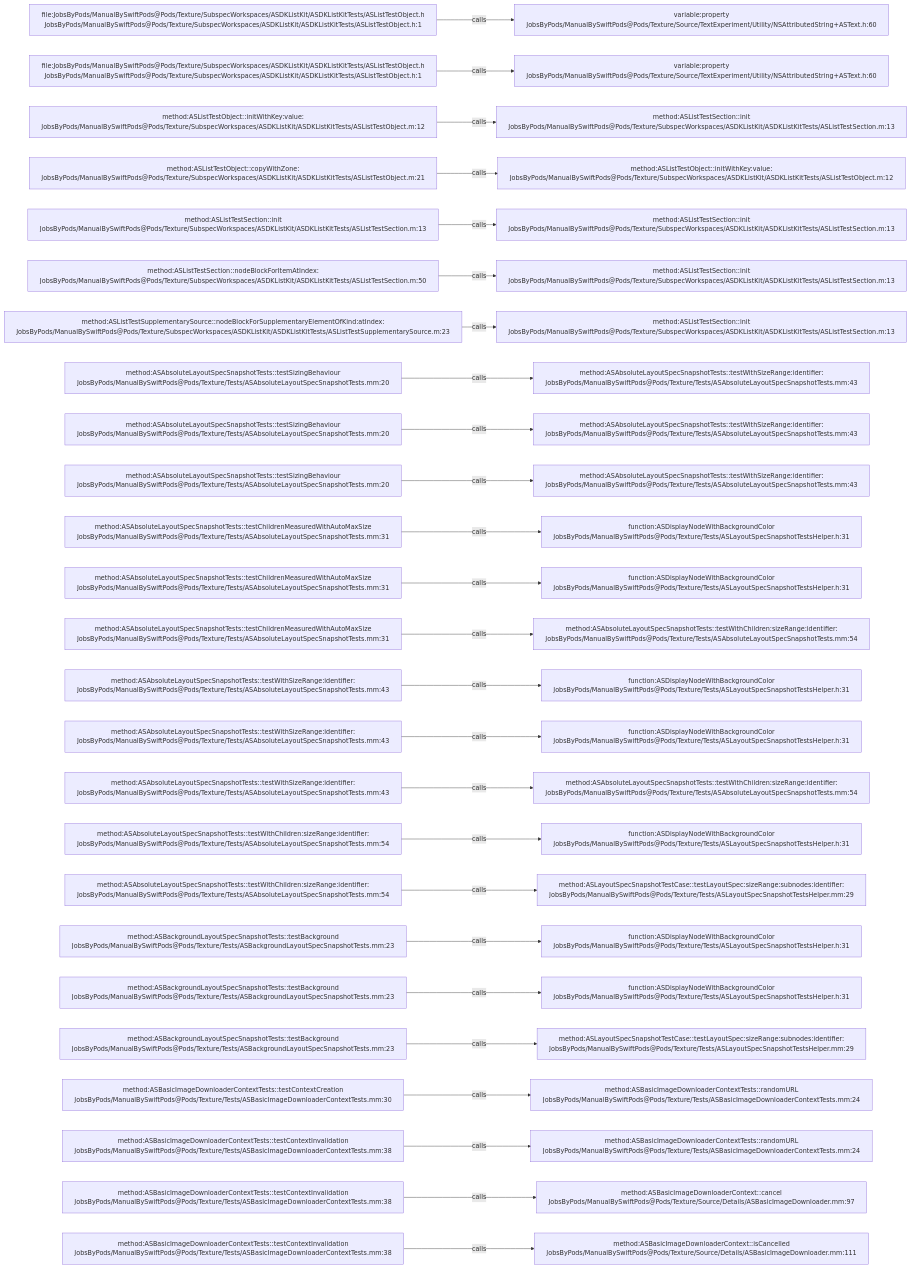
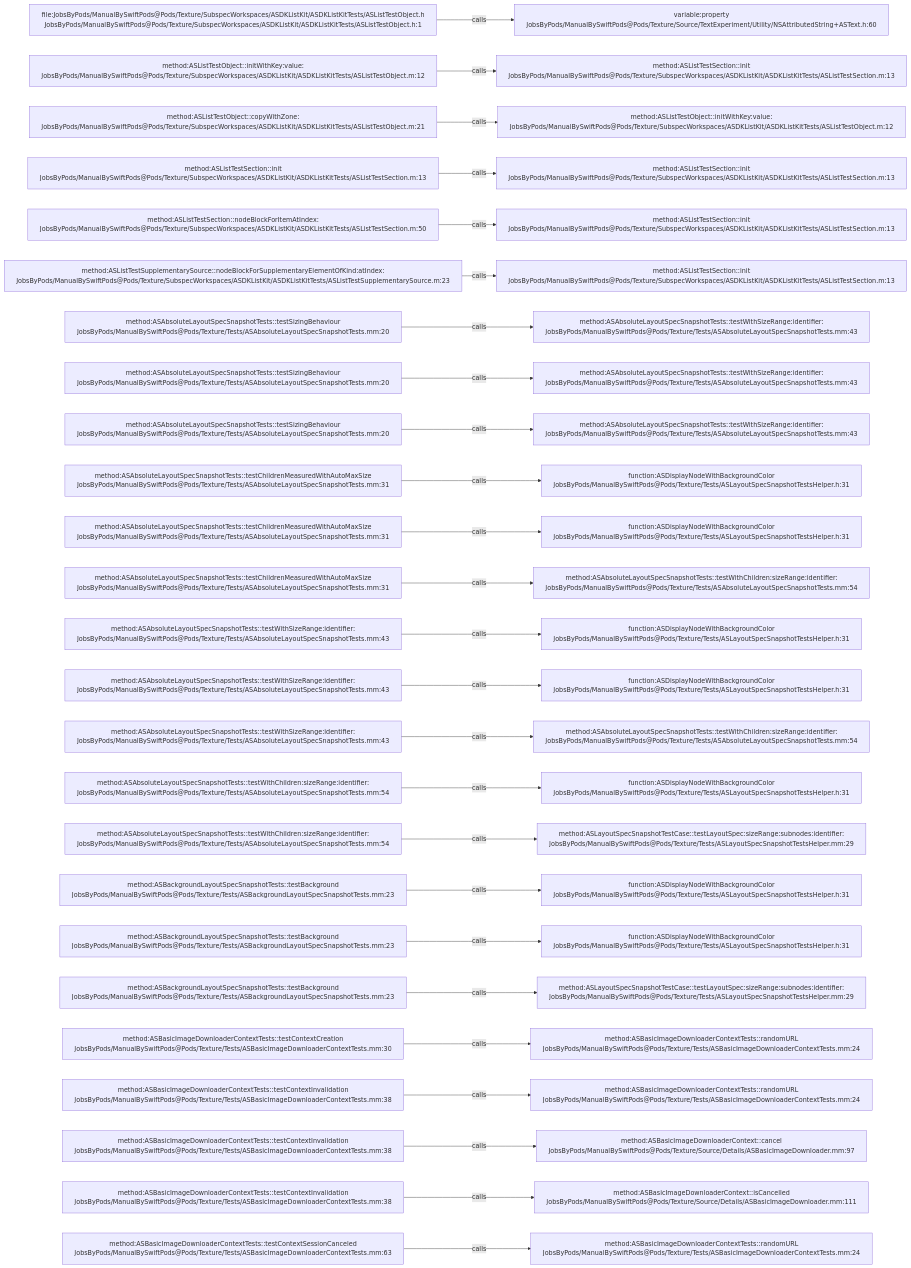
One commit to JobsKits/JobsSwiftBaseConfigDemo changed the diagram in .codegraph/codegraph.md/graphs/calls-160.md. Above: the diagram before and after it, drawn with Mermaid. The commit also changed 747 other files, not shown here.

````diff
--- a/.codegraph/codegraph.md/graphs/calls-160.md
+++ b/.codegraph/codegraph.md/graphs/calls-160.md
@@ -13,78 +13,78 @@
 ```mermaid
 flowchart LR
   S1["file:JobsByPods/ManualBySwiftPods@Pods/Texture/SubspecWorkspaces/ASDKListKit/ASDKListKitTests/ASListTestObject.h<br/>JobsByPods/ManualBySwiftPods@Pods/Texture/SubspecWorkspaces/ASDKListKit/ASDKListKitTests/ASListTestObject.h:1"]
   T1["variable:property<br/>JobsByPods/ManualBySwiftPods@Pods/Texture/Source/TextExperiment/Utility/NSAttributedString+ASText.h:60"]
   S1 -->|calls| T1
-  S2["file:JobsByPods/ManualBySwiftPods@Pods/Texture/SubspecWorkspaces/ASDKListKit/ASDKListKitTests/ASListTestObject.h<br/>JobsByPods/ManualBySwiftPods@Pods/Texture/SubspecWorkspaces/ASDKListKit/ASDKListKitTests/ASListTestObject.h:1"]
-  T2["variable:property<br/>JobsByPods/ManualBySwiftPods@Pods/Texture/Source/TextExperiment/Utility/NSAttributedString+ASText.h:60"]
+  S2["method:ASListTestObject::initWithKey:value:<br/>JobsByPods/ManualBySwiftPods@Pods/Texture/SubspecWorkspaces/ASDKListKit/ASDKListKitTests/ASListTestObject.m:12"]
+  T2["method:ASListTestSection::init<br/>JobsByPods/ManualBySwiftPods@Pods/Texture/SubspecWorkspaces/ASDKListKit/ASDKListKitTests/ASListTestSection.m:13"]
   S2 -->|calls| T2
-  S3["method:ASListTestObject::initWithKey:value:<br/>JobsByPods/ManualBySwiftPods@Pods/Texture/SubspecWorkspaces/ASDKListKit/ASDKListKitTests/ASListTestObject.m:12"]
-  T3["method:ASListTestSection::init<br/>JobsByPods/ManualBySwiftPods@Pods/Texture/SubspecWorkspaces/ASDKListKit/ASDKListKitTests/ASListTestSection.m:13"]
+  S3["method:ASListTestObject::copyWithZone:<br/>JobsByPods/ManualBySwiftPods@Pods/Texture/SubspecWorkspaces/ASDKListKit/ASDKListKitTests/ASListTestObject.m:21"]
+  T3["method:ASListTestObject::initWithKey:value:<br/>JobsByPods/ManualBySwiftPods@Pods/Texture/SubspecWorkspaces/ASDKListKit/ASDKListKitTests/ASListTestObject.m:12"]
   S3 -->|calls| T3
-  S4["method:ASListTestObject::copyWithZone:<br/>JobsByPods/ManualBySwiftPods@Pods/Texture/SubspecWorkspaces/ASDKListKit/ASDKListKitTests/ASListTestObject.m:21"]
-  T4["method:ASListTestObject::initWithKey:value:<br/>JobsByPods/ManualBySwiftPods@Pods/Texture/SubspecWorkspaces/ASDKListKit/ASDKListKitTests/ASListTestObject.m:12"]
+  S4["method:ASListTestSection::init<br/>JobsByPods/ManualBySwiftPods@Pods/Texture/SubspecWorkspaces/ASDKListKit/ASDKListKitTests/ASListTestSection.m:13"]
+  T4["method:ASListTestSection::init<br/>JobsByPods/ManualBySwiftPods@Pods/Texture/SubspecWorkspaces/ASDKListKit/ASDKListKitTests/ASListTestSection.m:13"]
   S4 -->|calls| T4
-  S5["method:ASListTestSection::init<br/>JobsByPods/ManualBySwiftPods@Pods/Texture/SubspecWorkspaces/ASDKListKit/ASDKListKitTests/ASListTestSection.m:13"]
+  S5["method:ASListTestSection::nodeBlockForItemAtIndex:<br/>JobsByPods/ManualBySwiftPods@Pods/Texture/SubspecWorkspaces/ASDKListKit/ASDKListKitTests/ASListTestSection.m:50"]
   T5["method:ASListTestSection::init<br/>JobsByPods/ManualBySwiftPods@Pods/Texture/SubspecWorkspaces/ASDKListKit/ASDKListKitTests/ASListTestSection.m:13"]
   S5 -->|calls| T5
-  S6["method:ASListTestSection::nodeBlockForItemAtIndex:<br/>JobsByPods/ManualBySwiftPods@Pods/Texture/SubspecWorkspaces/ASDKListKit/ASDKListKitTests/ASListTestSection.m:50"]
+  S6["method:ASListTestSupplementarySource::nodeBlockForSupplementaryElementOfKind:atIndex:<br/>JobsByPods/ManualBySwiftPods@Pods/Texture/SubspecWorkspaces/ASDKListKit/ASDKListKitTests/ASListTestSupplementarySource.m:23"]
   T6["method:ASListTestSection::init<br/>JobsByPods/ManualBySwiftPods@Pods/Texture/SubspecWorkspaces/ASDKListKit/ASDKListKitTests/ASListTestSection.m:13"]
   S6 -->|calls| T6
-  S7["method:ASListTestSupplementarySource::nodeBlockForSupplementaryElementOfKind:atIndex:<br/>JobsByPods/ManualBySwiftPods@Pods/Texture/SubspecWorkspaces/ASDKListKit/ASDKListKitTests/ASListTestSupplementarySource.m:23"]
-  T7["method:ASListTestSection::init<br/>JobsByPods/ManualBySwiftPods@Pods/Texture/SubspecWorkspaces/ASDKListKit/ASDKListKitTests/ASListTestSection.m:13"]
+  S7["method:ASAbsoluteLayoutSpecSnapshotTests::testSizingBehaviour<br/>JobsByPods/ManualBySwiftPods@Pods/Texture/Tests/ASAbsoluteLayoutSpecSnapshotTests.mm:20"]
+  T7["method:ASAbsoluteLayoutSpecSnapshotTests::testWithSizeRange:identifier:<br/>JobsByPods/ManualBySwiftPods@Pods/Texture/Tests/ASAbsoluteLayoutSpecSnapshotTests.mm:43"]
   S7 -->|calls| T7
   S8["method:ASAbsoluteLayoutSpecSnapshotTests::testSizingBehaviour<br/>JobsByPods/ManualBySwiftPods@Pods/Texture/Tests/ASAbsoluteLayoutSpecSnapshotTests.mm:20"]
   T8["method:ASAbsoluteLayoutSpecSnapshotTests::testWithSizeRange:identifier:<br/>JobsByPods/ManualBySwiftPods@Pods/Texture/Tests/ASAbsoluteLayoutSpecSnapshotTests.mm:43"]
   S8 -->|calls| T8
   S9["method:ASAbsoluteLayoutSpecSnapshotTests::testSizingBehaviour<br/>JobsByPods/ManualBySwiftPods@Pods/Texture/Tests/ASAbsoluteLayoutSpecSnapshotTests.mm:20"]
   T9["method:ASAbsoluteLayoutSpecSnapshotTests::testWithSizeRange:identifier:<br/>JobsByPods/ManualBySwiftPods@Pods/Texture/Tests/ASAbsoluteLayoutSpecSnapshotTests.mm:43"]
   S9 -->|calls| T9
-  S10["method:ASAbsoluteLayoutSpecSnapshotTests::testSizingBehaviour<br/>JobsByPods/ManualBySwiftPods@Pods/Texture/Tests/ASAbsoluteLayoutSpecSnapshotTests.mm:20"]
-  T10["method:ASAbsoluteLayoutSpecSnapshotTests::testWithSizeRange:identifier:<br/>JobsByPods/ManualBySwiftPods@Pods/Texture/Tests/ASAbsoluteLayoutSpecSnapshotTests.mm:43"]
+  S10["method:ASAbsoluteLayoutSpecSnapshotTests::testChildrenMeasuredWithAutoMaxSize<br/>JobsByPods/ManualBySwiftPods@Pods/Texture/Tests/ASAbsoluteLayoutSpecSnapshotTests.mm:31"]
+  T10["function:ASDisplayNodeWithBackgroundColor<br/>JobsByPods/ManualBySwiftPods@Pods/Texture/Tests/ASLayoutSpecSnapshotTestsHelper.h:31"]
   S10 -->|calls| T10
   S11["method:ASAbsoluteLayoutSpecSnapshotTests::testChildrenMeasuredWithAutoMaxSize<br/>JobsByPods/ManualBySwiftPods@Pods/Texture/Tests/ASAbsoluteLayoutSpecSnapshotTests.mm:31"]
   T11["function:ASDisplayNodeWithBackgroundColor<br/>JobsByPods/ManualBySwiftPods@Pods/Texture/Tests/ASLayoutSpecSnapshotTestsHelper.h:31"]
   S11 -->|calls| T11
   S12["method:ASAbsoluteLayoutSpecSnapshotTests::testChildrenMeasuredWithAutoMaxSize<br/>JobsByPods/ManualBySwiftPods@Pods/Texture/Tests/ASAbsoluteLayoutSpecSnapshotTests.mm:31"]
-  T12["function:ASDisplayNodeWithBackgroundColor<br/>JobsByPods/ManualBySwiftPods@Pods/Texture/Tests/ASLayoutSpecSnapshotTestsHelper.h:31"]
+  T12["method:ASAbsoluteLayoutSpecSnapshotTests::testWithChildren:sizeRange:identifier:<br/>JobsByPods/ManualBySwiftPods@Pods/Texture/Tests/ASAbsoluteLayoutSpecSnapshotTests.mm:54"]
   S12 -->|calls| T12
-  S13["method:ASAbsoluteLayoutSpecSnapshotTests::testChildrenMeasuredWithAutoMaxSize<br/>JobsByPods/ManualBySwiftPods@Pods/Texture/Tests/ASAbsoluteLayoutSpecSnapshotTests.mm:31"]
-  T13["method:ASAbsoluteLayoutSpecSnapshotTests::testWithChildren:sizeRange:identifier:<br/>JobsByPods/ManualBySwiftPods@Pods/Texture/Tests/ASAbsoluteLayoutSpecSnapshotTests.mm:54"]
+  S13["method:ASAbsoluteLayoutSpecSnapshotTests::testWithSizeRange:identifier:<br/>JobsByPods/ManualBySwiftPods@Pods/Texture/Tests/ASAbsoluteLayoutSpecSnapshotTests.mm:43"]
+  T13["function:ASDisplayNodeWithBackgroundColor<br/>JobsByPods/ManualBySwiftPods@Pods/Texture/Tests/ASLayoutSpecSnapshotTestsHelper.h:31"]
   S13 -->|calls| T13
   S14["method:ASAbsoluteLayoutSpecSnapshotTests::testWithSizeRange:identifier:<br/>JobsByPods/ManualBySwiftPods@Pods/Texture/Tests/ASAbsoluteLayoutSpecSnapshotTests.mm:43"]
   T14["function:ASDisplayNodeWithBackgroundColor<br/>JobsByPods/ManualBySwiftPods@Pods/Texture/Tests/ASLayoutSpecSnapshotTestsHelper.h:31"]
   S14 -->|calls| T14
   S15["method:ASAbsoluteLayoutSpecSnapshotTests::testWithSizeRange:identifier:<br/>JobsByPods/ManualBySwiftPods@Pods/Texture/Tests/ASAbsoluteLayoutSpecSnapshotTests.mm:43"]
-  T15["function:ASDisplayNodeWithBackgroundColor<br/>JobsByPods/ManualBySwiftPods@Pods/Texture/Tests/ASLayoutSpecSnapshotTestsHelper.h:31"]
+  T15["method:ASAbsoluteLayoutSpecSnapshotTests::testWithChildren:sizeRange:identifier:<br/>JobsByPods/ManualBySwiftPods@Pods/Texture/Tests/ASAbsoluteLayoutSpecSnapshotTests.mm:54"]
   S15 -->|calls| T15
-  S16["method:ASAbsoluteLayoutSpecSnapshotTests::testWithSizeRange:identifier:<br/>JobsByPods/ManualBySwiftPods@Pods/Texture/Tests/ASAbsoluteLayoutSpecSnapshotTests.mm:43"]
-  T16["method:ASAbsoluteLayoutSpecSnapshotTests::testWithChildren:sizeRange:identifier:<br/>JobsByPods/ManualBySwiftPods@Pods/Texture/Tests/ASAbsoluteLayoutSpecSnapshotTests.mm:54"]
+  S16["method:ASAbsoluteLayoutSpecSnapshotTests::testWithChildren:sizeRange:identifier:<br/>JobsByPods/ManualBySwiftPods@Pods/Texture/Tests/ASAbsoluteLayoutSpecSnapshotTests.mm:54"]
+  T16["function:ASDisplayNodeWithBackgroundColor<br/>JobsByPods/ManualBySwiftPods@Pods/Texture/Tests/ASLayoutSpecSnapshotTestsHelper.h:31"]
   S16 -->|calls| T16
   S17["method:ASAbsoluteLayoutSpecSnapshotTests::testWithChildren:sizeRange:identifier:<br/>JobsByPods/ManualBySwiftPods@Pods/Texture/Tests/ASAbsoluteLayoutSpecSnapshotTests.mm:54"]
-  T17["function:ASDisplayNodeWithBackgroundColor<br/>JobsByPods/ManualBySwiftPods@Pods/Texture/Tests/ASLayoutSpecSnapshotTestsHelper.h:31"]
+  T17["method:ASLayoutSpecSnapshotTestCase::testLayoutSpec:sizeRange:subnodes:identifier:<br/>JobsByPods/ManualBySwiftPods@Pods/Texture/Tests/ASLayoutSpecSnapshotTestsHelper.mm:29"]
   S17 -->|calls| T17
-  S18["method:ASAbsoluteLayoutSpecSnapshotTests::testWithChildren:sizeRange:identifier:<br/>JobsByPods/ManualBySwiftPods@Pods/Texture/Tests/ASAbsoluteLayoutSpecSnapshotTests.mm:54"]
-  T18["method:ASLayoutSpecSnapshotTestCase::testLayoutSpec:sizeRange:subnodes:identifier:<br/>JobsByPods/ManualBySwiftPods@Pods/Texture/Tests/ASLayoutSpecSnapshotTestsHelper.mm:29"]
+  S18["method:ASBackgroundLayoutSpecSnapshotTests::testBackground<br/>JobsByPods/ManualBySwiftPods@Pods/Texture/Tests/ASBackgroundLayoutSpecSnapshotTests.mm:23"]
+  T18["function:ASDisplayNodeWithBackgroundColor<br/>JobsByPods/ManualBySwiftPods@Pods/Texture/Tests/ASLayoutSpecSnapshotTestsHelper.h:31"]
   S18 -->|calls| T18
   S19["method:ASBackgroundLayoutSpecSnapshotTests::testBackground<br/>JobsByPods/ManualBySwiftPods@Pods/Texture/Tests/ASBackgroundLayoutSpecSnapshotTests.mm:23"]
   T19["function:ASDisplayNodeWithBackgroundColor<br/>JobsByPods/ManualBySwiftPods@Pods/Texture/Tests/ASLayoutSpecSnapshotTestsHelper.h:31"]
   S19 -->|calls| T19
   S20["method:ASBackgroundLayoutSpecSnapshotTests::testBackground<br/>JobsByPods/ManualBySwiftPods@Pods/Texture/Tests/ASBackgroundLayoutSpecSnapshotTests.mm:23"]
-  T20["function:ASDisplayNodeWithBackgroundColor<br/>JobsByPods/ManualBySwiftPods@Pods/Texture/Tests/ASLayoutSpecSnapshotTestsHelper.h:31"]
+  T20["method:ASLayoutSpecSnapshotTestCase::testLayoutSpec:sizeRange:subnodes:identifier:<br/>JobsByPods/ManualBySwiftPods@Pods/Texture/Tests/ASLayoutSpecSnapshotTestsHelper.mm:29"]
   S20 -->|calls| T20
-  S21["method:ASBackgroundLayoutSpecSnapshotTests::testBackground<br/>JobsByPods/ManualBySwiftPods@Pods/Texture/Tests/ASBackgroundLayoutSpecSnapshotTests.mm:23"]
-  T21["method:ASLayoutSpecSnapshotTestCase::testLayoutSpec:sizeRange:subnodes:identifier:<br/>JobsByPods/ManualBySwiftPods@Pods/Texture/Tests/ASLayoutSpecSnapshotTestsHelper.mm:29"]
+  S21["method:ASBasicImageDownloaderContextTests::testContextCreation<br/>JobsByPods/ManualBySwiftPods@Pods/Texture/Tests/ASBasicImageDownloaderContextTests.mm:30"]
+  T21["method:ASBasicImageDownloaderContextTests::randomURL<br/>JobsByPods/ManualBySwiftPods@Pods/Texture/Tests/ASBasicImageDownloaderContextTests.mm:24"]
   S21 -->|calls| T21
-  S22["method:ASBasicImageDownloaderContextTests::testContextCreation<br/>JobsByPods/ManualBySwiftPods@Pods/Texture/Tests/ASBasicImageDownloaderContextTests.mm:30"]
+  S22["method:ASBasicImageDownloaderContextTests::testContextInvalidation<br/>JobsByPods/ManualBySwiftPods@Pods/Texture/Tests/ASBasicImageDownloaderContextTests.mm:38"]
   T22["method:ASBasicImageDownloaderContextTests::randomURL<br/>JobsByPods/ManualBySwiftPods@Pods/Texture/Tests/ASBasicImageDownloaderContextTests.mm:24"]
   S22 -->|calls| T22
   S23["method:ASBasicImageDownloaderContextTests::testContextInvalidation<br/>JobsByPods/ManualBySwiftPods@Pods/Texture/Tests/ASBasicImageDownloaderContextTests.mm:38"]
-  T23["method:ASBasicImageDownloaderContextTests::randomURL<br/>JobsByPods/ManualBySwiftPods@Pods/Texture/Tests/ASBasicImageDownloaderContextTests.mm:24"]
+  T23["method:ASBasicImageDownloaderContext::cancel<br/>JobsByPods/ManualBySwiftPods@Pods/Texture/Source/Details/ASBasicImageDownloader.mm:97"]
   S23 -->|calls| T23
   S24["method:ASBasicImageDownloaderContextTests::testContextInvalidation<br/>JobsByPods/ManualBySwiftPods@Pods/Texture/Tests/ASBasicImageDownloaderContextTests.mm:38"]
-  T24["method:ASBasicImageDownloaderContext::cancel<br/>JobsByPods/ManualBySwiftPods@Pods/Texture/Source/Details/ASBasicImageDownloader.mm:97"]
+  T24["method:ASBasicImageDownloaderContext::isCancelled<br/>JobsByPods/ManualBySwiftPods@Pods/Texture/Source/Details/ASBasicImageDownloader.mm:111"]
   S24 -->|calls| T24
-  S25["method:ASBasicImageDownloaderContextTests::testContextInvalidation<br/>JobsByPods/ManualBySwiftPods@Pods/Texture/Tests/ASBasicImageDownloaderContextTests.mm:38"]
-  T25["method:ASBasicImageDownloaderContext::isCancelled<br/>JobsByPods/ManualBySwiftPods@Pods/Texture/Source/Details/ASBasicImageDownloader.mm:111"]
+  S25["method:ASBasicImageDownloaderContextTests::testContextSessionCanceled<br/>JobsByPods/ManualBySwiftPods@Pods/Texture/Tests/ASBasicImageDownloaderContextTests.mm:63"]
+  T25["method:ASBasicImageDownloaderContextTests::randomURL<br/>JobsByPods/ManualBySwiftPods@Pods/Texture/Tests/ASBasicImageDownloaderContextTests.mm:24"]
   S25 -->|calls| T25
 ```
````
